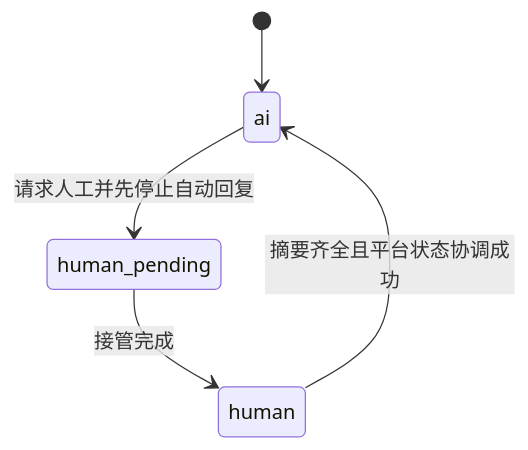
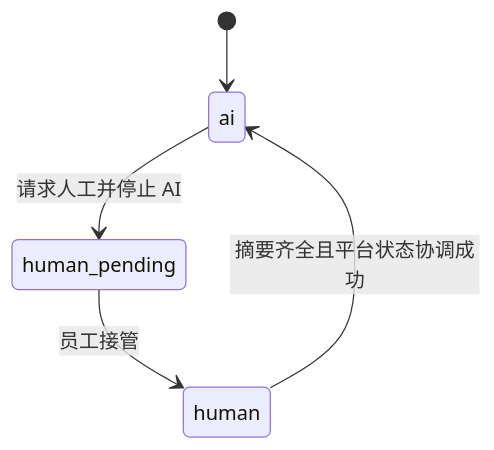
The second of 2 diagrams in projects/customer-service-agent/docs/architecture.md (niko-97XQ/project-portfolio), drawn with Mermaid before and after one commit. The commit also changed other lines of this file and 107 other files, not shown here.

````diff
--- a/projects/customer-service-agent/docs/architecture.md
+++ b/projects/customer-service-agent/docs/architecture.md
@@ -44,9 +45,9 @@
 ```mermaid
 stateDiagram-v2
-    accTitle: AI 与人工所有权
-    accDescr: 请求接管即暂停 AI，人工处理后必须提供摘要，并完成平台状态协调才恢复。
+    accTitle: AI 与人工所有权转换
+    accDescr: 请求人工立即停止自动回复，人工处理后填写摘要并协调原生会话状态，再恢复 AI。
     [*] --> ai
-    ai --> human_pending: 请求人工并先停止自动回复
-    human_pending --> human: 接管完成
+    ai --> human_pending: 请求人工并停止 AI
+    human_pending --> human: 员工接管
     human --> ai: 摘要齐全且平台状态协调成功
 ```
````
